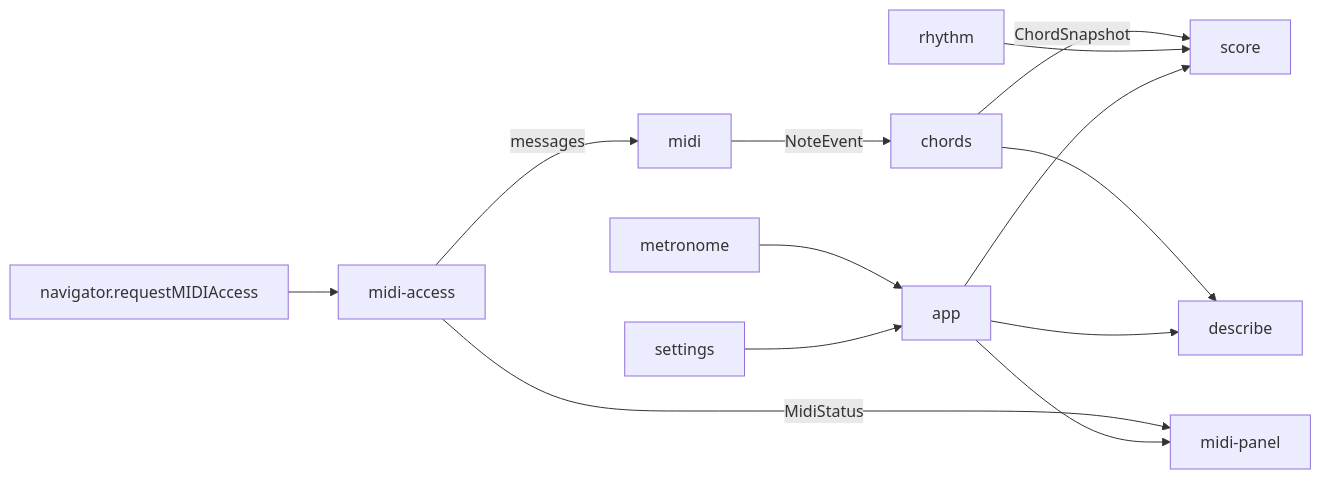
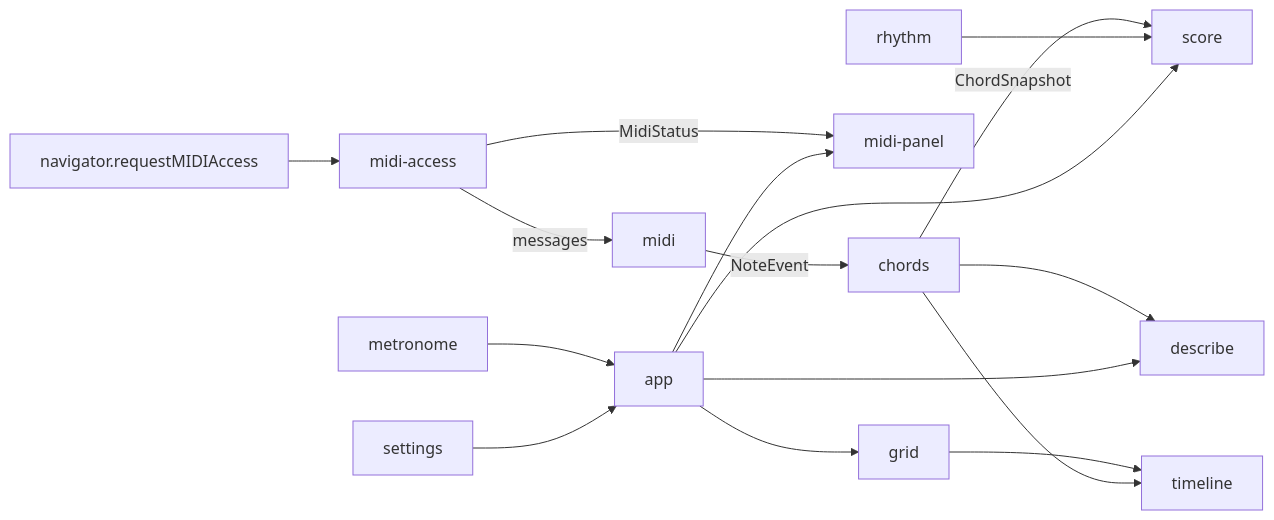
Before and after one commit to neolao/piano-midi-visualizer: the diagram in docs/architecture.md, drawn with Mermaid. The commit also changed other lines of this file and 24 other files, not shown here.

````diff
--- a/docs/architecture.md
+++ b/docs/architecture.md
@@ -24,15 +26,18 @@
 ```mermaid
 flowchart LR
   Navigateur[navigator.requestMIDIAccess] --> Acces[midi-access]
   Acces -- messages --> Decodage[midi]
   Decodage -- NoteEvent --> Accords[chords]
   Acces -- MidiStatus --> Panneau[midi-panel]
   Accords -- ChordSnapshot --> Partition[score]
   Accords --> Description[describe]
   Rythme[rhythm] --> Partition
   Metronome[metronome] --> App
+  Grille[grid] --> Defilement[timeline]
+  Accords --> Defilement
+  App --> Grille
   Reglages[settings] --> App[app]
   App --> Panneau
   App --> Partition
   App --> Description
 ```
````
